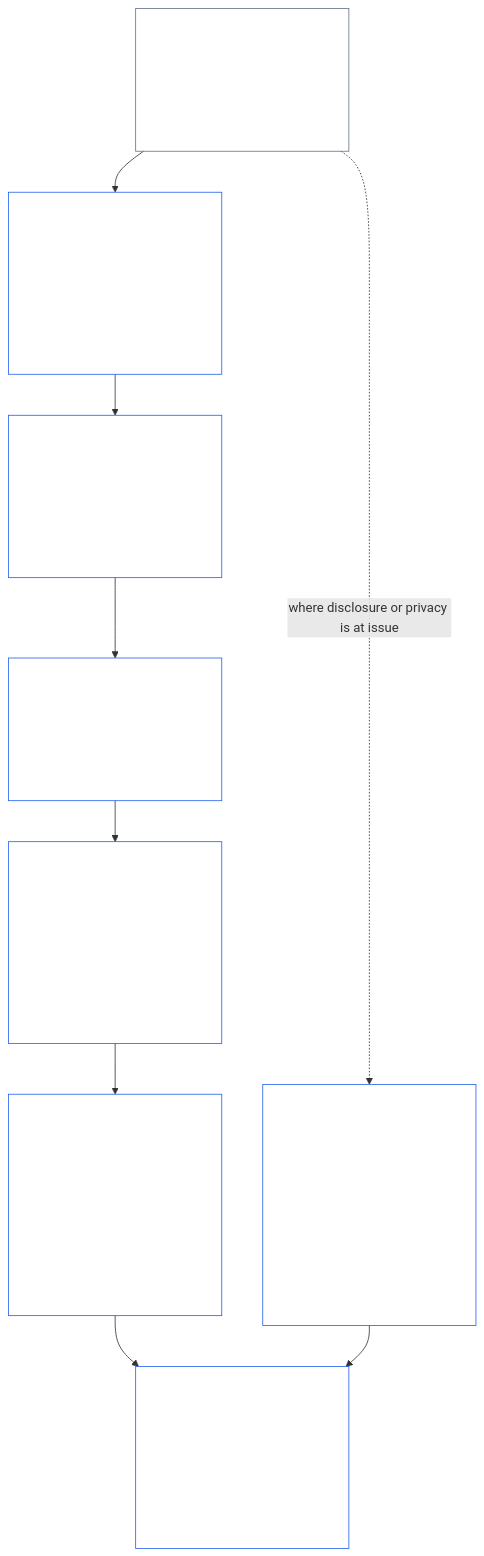
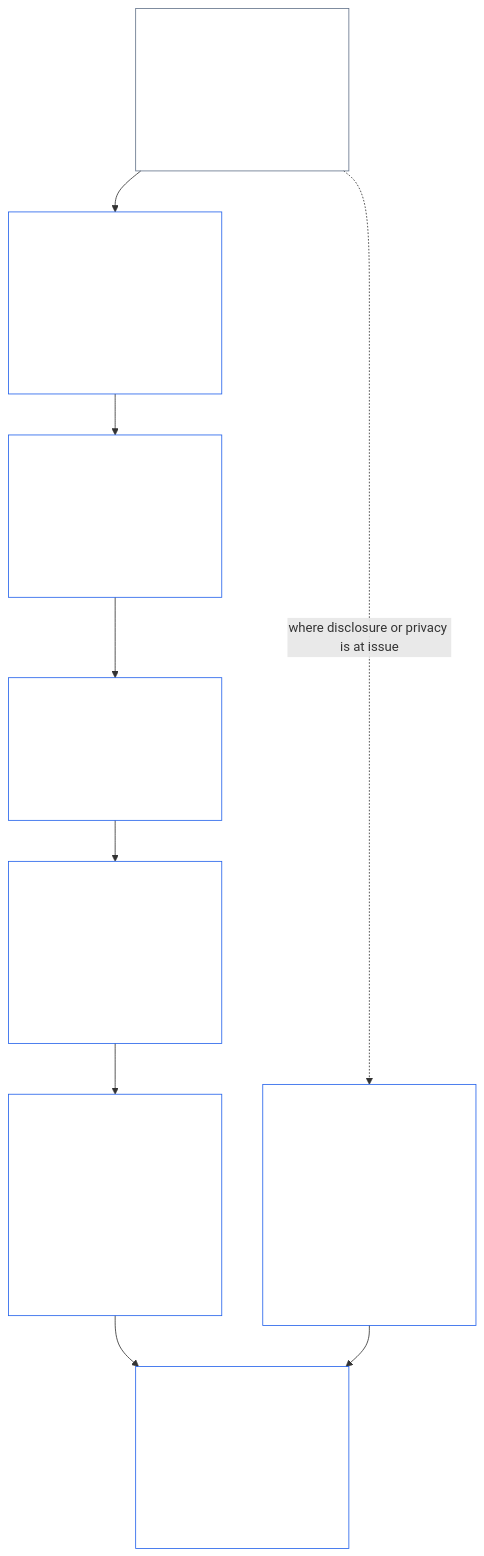
One commit to kfoelsch/Sentient_Constitution changed the second of 3 diagrams in core_01_b_interaction_interpretation.md. Above: the diagram before and after it, drawn with Mermaid. The commit also changed other lines of this file and 28 other files, not shown here.

First line of the commit message:
Ch1 Part B: Constitutional Collision, Collision Record, Derived-Information Principle

````diff
--- a/core_01_b_interaction_interpretation.md
+++ b/core_01_b_interaction_interpretation.md
@@ -193,22 +197,22 @@
 ```mermaid
 flowchart TB
-    C["§13 Process Conflict Resolution<br/><br/>• Values or rights collide<br/>• Safety and Truth come first"]
+    C["§13 Constitutional Collision Resolution Process<br/><br/>• Values or rights collide<br/>• Safety and Truth come first"]
     N["§13.1.1 Necessity<br/><br/>• Restrictor bears the burden of proof<br/>• Alternatives analyzed on the record<br/>• Legs: accountability, participation, oversight"]
     H["§13.1.2 Harm Minimization<br/><br/>• Least total harm across sentients, systems,<br/>ecosystems, and time<br/>• Legs: oversight, accountability"]
     PR["§13.1.3 Proportionality<br/><br/>• Scrutiny rises with irreversibility and authority<br/>• Legs: accountability, oversight"]
-    FL["§13.1.4 Constitutional Floors, Safety, and<br/>Process-Character Constraints<br/><br/>• Dignity Principles cannot be traded below<br/>• Legs: participation, accountability"]
+    FL["§13.1.4 Constitutional Floors, Safety, and<br/>Anti-Degrading Process<br/><br/>• Dignity Principles cannot be traded below<br/>• Legs: participation, accountability"]
     R["§13.1.5 Least-Restrictive, Time-Bounded, and<br/>Reviewable Constraint Principle<br/><br/>• Least restrictive, time-bounded, reviewable<br/>• Reconstructable record and interim posture<br/>• Legs: all four"]
     D["§13.2 Epistemic Disclosure Constraints<br/><br/>• No distortion or suppression of truth<br/>• Limited or delayed disclosure only under conditions<br/>• Legs: participation, oversight, accountability, timeliness"]
     B["§13.3 Minimization of Avoidable Burden<br/><br/>• Least burdensome option among those that pass<br/>• Legs: participation, timeliness, oversight, accountability"]
     C --> N --> H --> PR --> FL --> R --> B
     C -.->|"where disclosure or privacy is at issue"| D
     D --> B
     style C fill:none,stroke:#64748b,color:#ffffff
     style N fill:none,stroke:#2563eb,color:#ffffff
     style H fill:none,stroke:#2563eb,color:#ffffff
     style PR fill:none,stroke:#2563eb,color:#ffffff
     style FL fill:none,stroke:#2563eb,color:#ffffff
     style R fill:none,stroke:#2563eb,color:#ffffff
     style D fill:none,stroke:#2563eb,color:#ffffff
     style B fill:none,stroke:#2563eb,color:#ffffff
 ```
````
